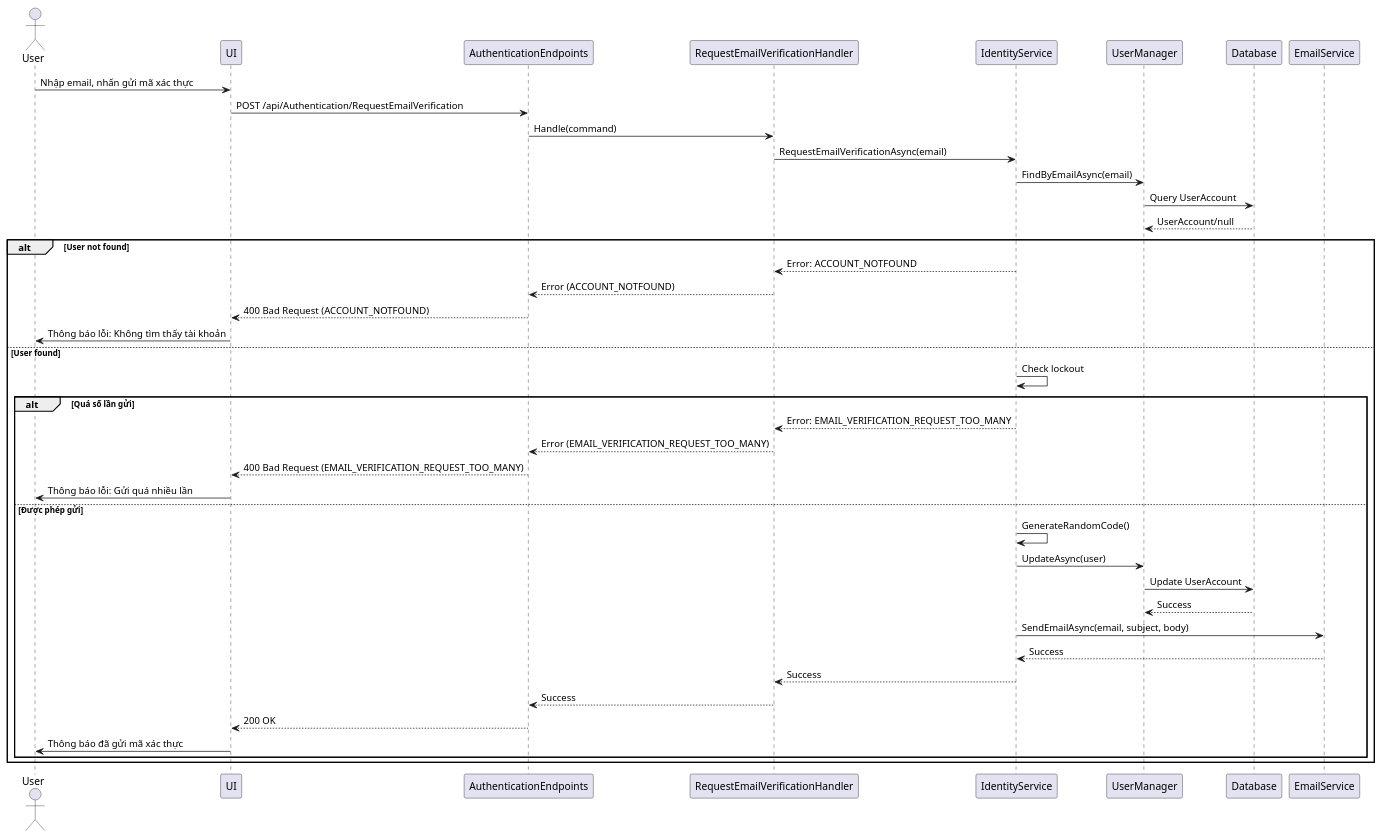
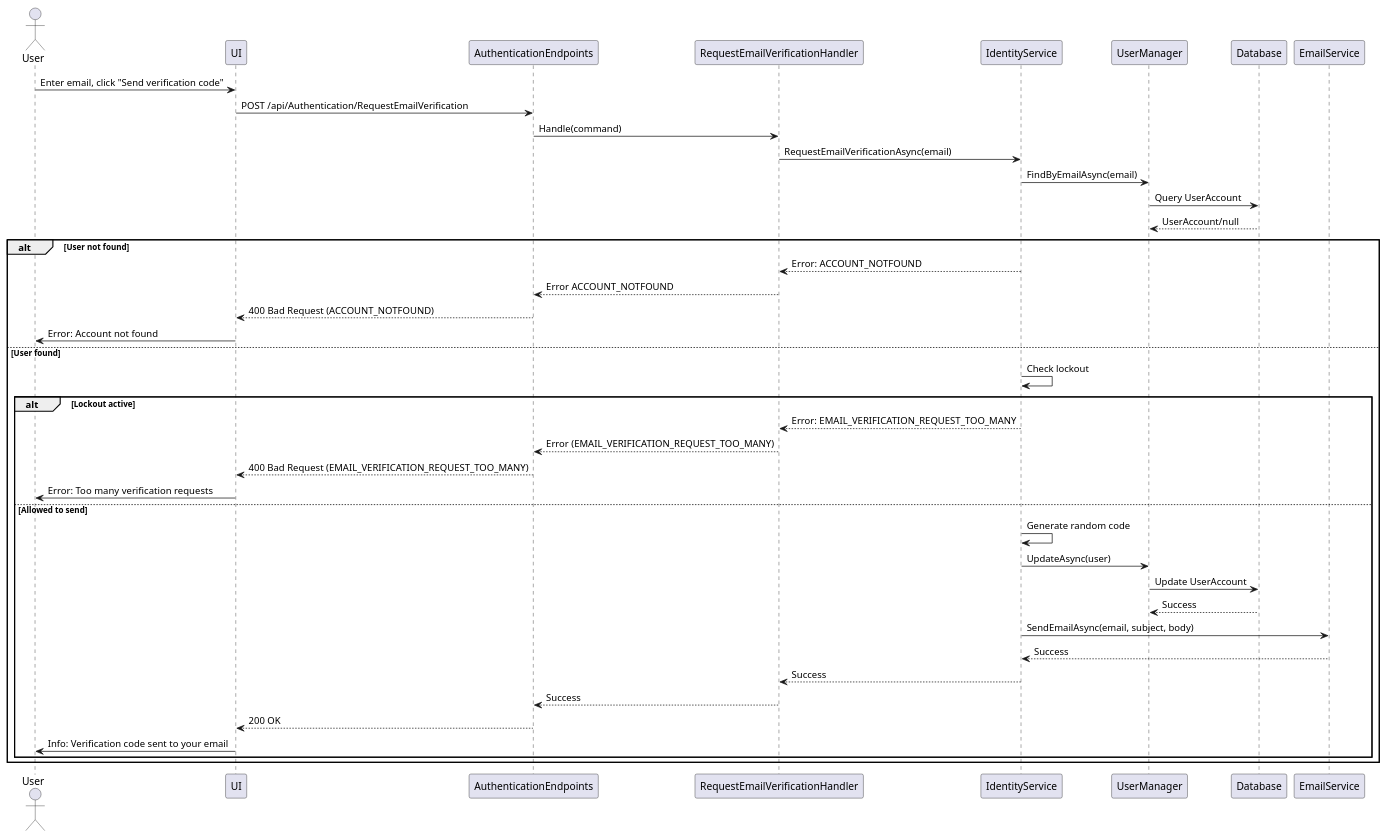
One commit to thanhkhac/SEP_Diagram changed the diagram in authentication/Sequence/06_RequestEmailVerification.puml. Above: the diagram before and after it, drawn with PlantUML. The commit also changed 8 other files, not shown here.

First line of the commit message:
Update authentication sequence diagrams for clarity and consistency

```diff
--- a/authentication/Sequence/06_RequestEmailVerification.puml
+++ b/authentication/Sequence/06_RequestEmailVerification.puml
@@ -1,43 +1,43 @@
 @startuml
 actor User
 participant UI
-participant AuthenticationEndpoints
+participant AuthenticationEndpoints 
 participant RequestEmailVerificationHandler
 participant IdentityService
 participant UserManager
 participant Database
 participant EmailService
 
-User -> UI : Nhập email, nhấn gửi mã xác thực
+User -> UI : Enter email, click "Send verification code"
 UI -> AuthenticationEndpoints : POST /api/Authentication/RequestEmailVerification
 AuthenticationEndpoints -> RequestEmailVerificationHandler : Handle(command)
 RequestEmailVerificationHandler -> IdentityService : RequestEmailVerificationAsync(email)
 IdentityService -> UserManager : FindByEmailAsync(email)
 UserManager -> Database : Query UserAccount
 Database --> UserManager : UserAccount/null
 alt User not found
     IdentityService --> RequestEmailVerificationHandler : Error: ACCOUNT_NOTFOUND
-    RequestEmailVerificationHandler --> AuthenticationEndpoints : Error (ACCOUNT_NOTFOUND)
+    RequestEmailVerificationHandler --> AuthenticationEndpoints : Error ACCOUNT_NOTFOUND
     AuthenticationEndpoints --> UI : 400 Bad Request (ACCOUNT_NOTFOUND)
-    UI -> User : Thông báo lỗi: Không tìm thấy tài khoản
+    UI -> User : Error: Account not found
 else User found
     IdentityService -> IdentityService : Check lockout
-    alt Quá số lần gửi
+    alt Lockout active
         IdentityService --> RequestEmailVerificationHandler : Error: EMAIL_VERIFICATION_REQUEST_TOO_MANY
         RequestEmailVerificationHandler --> AuthenticationEndpoints : Error (EMAIL_VERIFICATION_REQUEST_TOO_MANY)
         AuthenticationEndpoints --> UI : 400 Bad Request (EMAIL_VERIFICATION_REQUEST_TOO_MANY)
-        UI -> User : Thông báo lỗi: Gửi quá nhiều lần
-    else Được phép gửi
-        IdentityService -> IdentityService : GenerateRandomCode()
+        UI -> User : Error: Too many verification requests
+    else Allowed to send
+        IdentityService -> IdentityService : Generate random code
         IdentityService -> UserManager : UpdateAsync(user)
         UserManager -> Database : Update UserAccount
         Database --> UserManager : Success
         IdentityService -> EmailService : SendEmailAsync(email, subject, body)
         EmailService --> IdentityService : Success
         IdentityService --> RequestEmailVerificationHandler : Success
         RequestEmailVerificationHandler --> AuthenticationEndpoints : Success
         AuthenticationEndpoints --> UI : 200 OK
-        UI -> User : Thông báo đã gửi mã xác thực
+        UI -> User : Info: Verification code sent to your email
     end
 end
 @enduml
```
